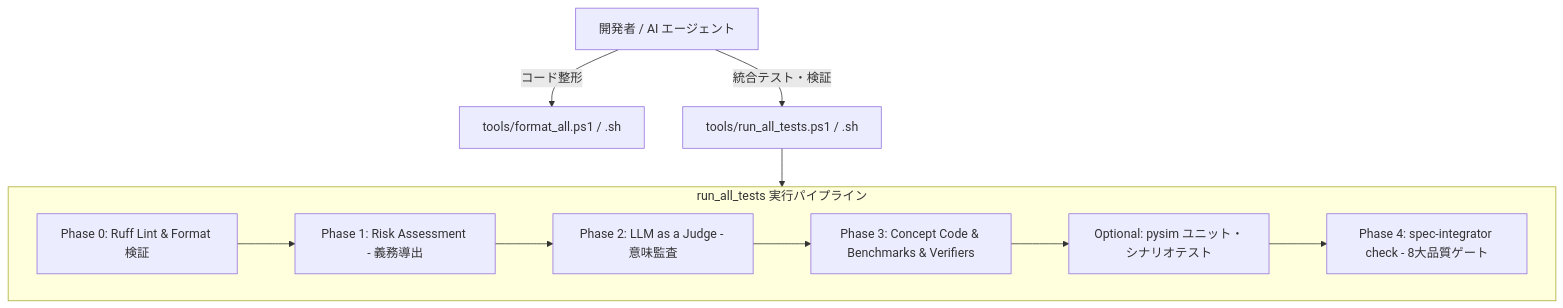
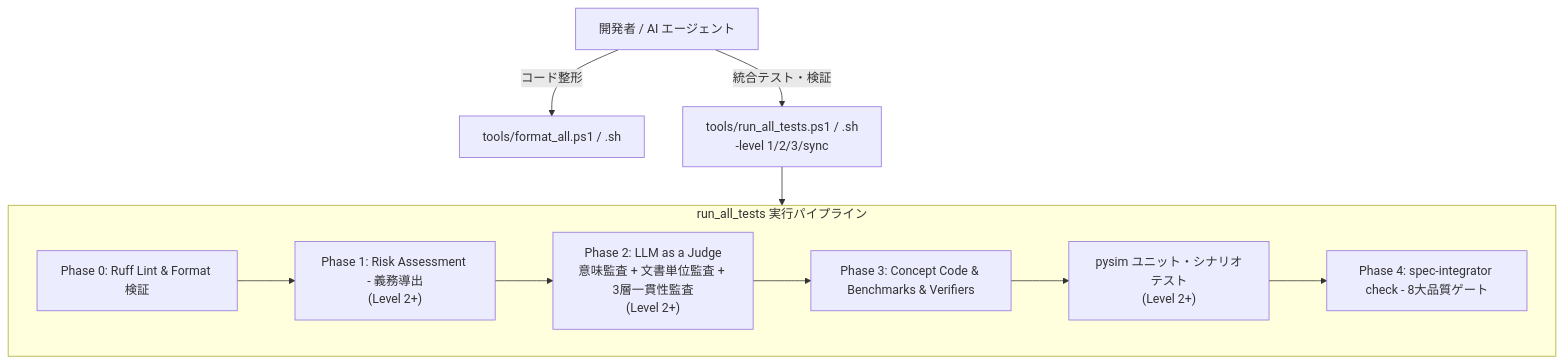
Before and after one commit to kmt-t/fireball: the diagram in tools/README.md, drawn with Mermaid. The commit also changed other lines of this file and 29 other files, not shown here.

````diff
--- a/tools/README.md
+++ b/tools/README.md
@@ -11,15 +11,15 @@
 ```mermaid
 graph TD
     Dev[開発者 / AI エージェント] -->|コード整形| F[tools/format_all.ps1 / .sh]
-    Dev -->|統合テスト・検証| R[tools/run_all_tests.ps1 / .sh]
+    Dev -->|統合テスト・検証| R["tools/run_all_tests.ps1 / .sh<br/>-level 1/2/3/sync"]
     
     subgraph Pipeline [run_all_tests 実行パイプライン]
-        P0[Phase 0: Ruff Lint & Format 検証] --> P1[Phase 1: Risk Assessment - 義務導出]
-        P1 --> P2[Phase 2: LLM as a Judge - 意味監査]
+        P0[Phase 0: Ruff Lint & Format 検証] --> P1["Phase 1: Risk Assessment - 義務導出<br/>(Level 2+)"]
+        P1 --> P2["Phase 2: LLM as a Judge<br/>意味監査 + 文書単位監査 + 3層一貫性監査<br/>(Level 2+)"]
         P2 --> P3[Phase 3: Concept Code & Benchmarks & Verifiers]
-        P3 --> P3_Sim[Optional: pysim ユニット・シナリオテスト]
+        P3 --> P3_Sim["pysim ユニット・シナリオテスト<br/>(Level 2+)"]
         P3_Sim --> P4[Phase 4: spec-integrator check - 8大品質ゲート]
     end
     
     R --> Pipeline
 ```
````
